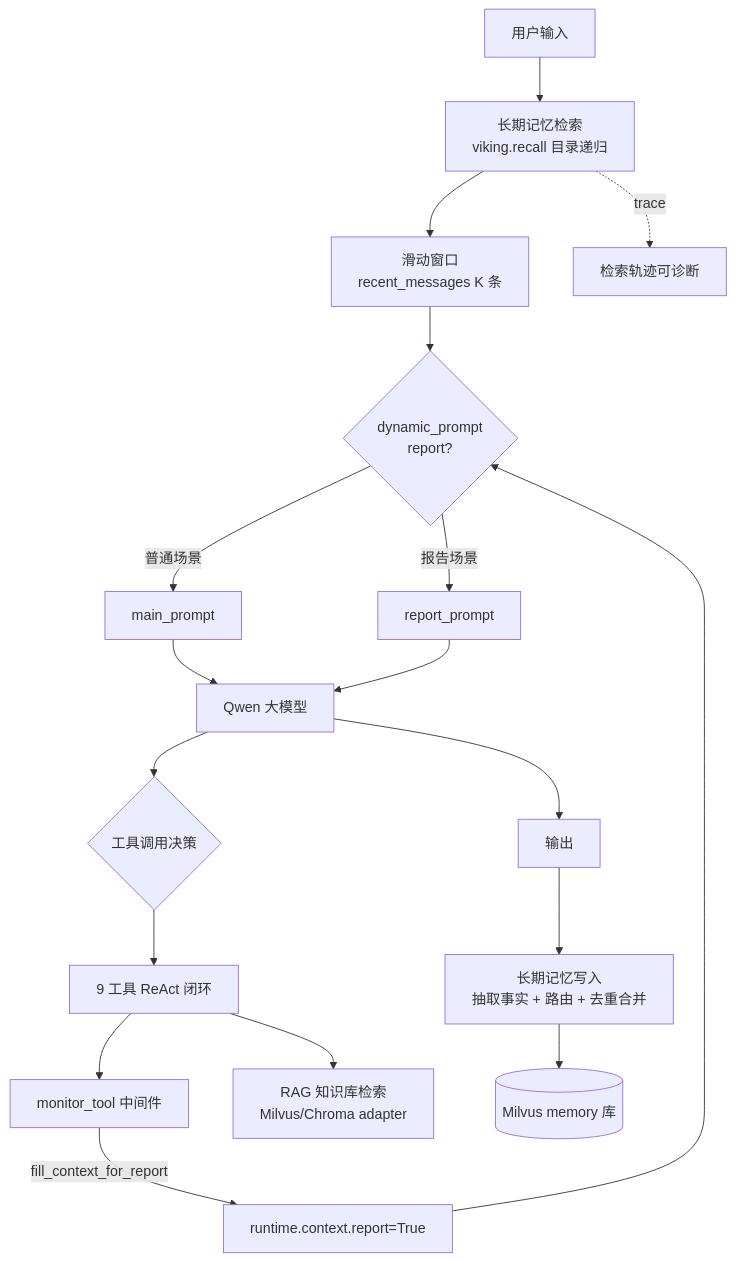
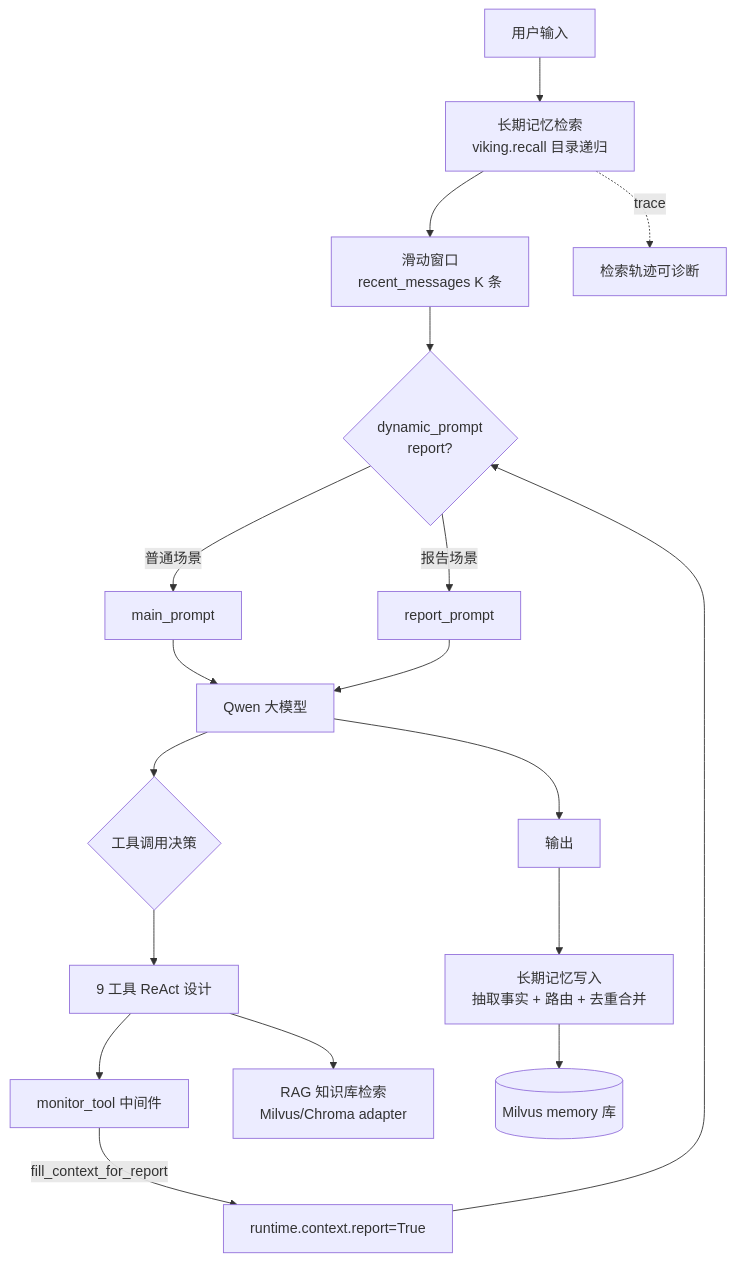
One commit to sakura5215/aiops-agent changed the diagram in README.md. Above: the diagram before and after it, drawn with Mermaid. The commit also changed other lines of this file, not shown here.

Commit message:
Update section title and tool descriptions in README

````diff
--- a/README.md
+++ b/README.md
@@ -18,20 +18,20 @@
 ```mermaid
 flowchart TD
     U[用户输入] --> RECALL[长期记忆检索<br/>viking.recall 目录递归]
     RECALL --> WIN[滑动窗口<br/>recent_messages K 条]
     WIN --> DP{dynamic_prompt<br/>report?}
     DP -->|普通场景| SP1[main_prompt]
     DP -->|报告场景| SP2[report_prompt]
     SP1 --> MODEL[Qwen 大模型]
     SP2 --> MODEL
     MODEL --> TC{工具调用决策}
-    TC --> TOOLS[9 工具 ReAct 闭环]
+    TC --> TOOLS[9 工具 ReAct 设计]
     TOOLS --> MON[monitor_tool 中间件]
     MON -->|fill_context_for_report| CTX[runtime.context.report=True]
     CTX --> DP
     TOOLS --> RAG[RAG 知识库检索<br/>Milvus/Chroma adapter]
     MODEL --> OUT[输出]
     OUT --> EXTRACT[长期记忆写入<br/>抽取事实 + 路由 + 去重合并]
     EXTRACT --> MS[(Milvus memory 库)]
     RECALL -.trace.-> TRACE[检索轨迹可诊断]
 ```
````
